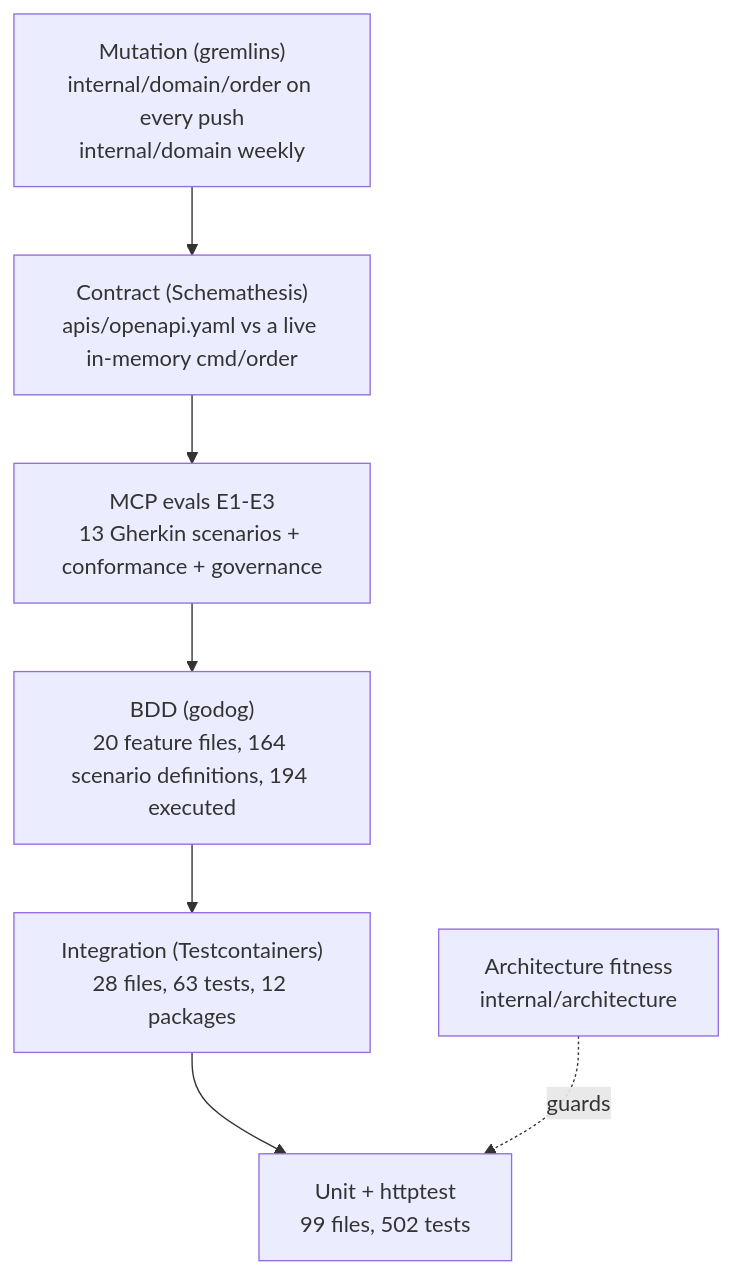
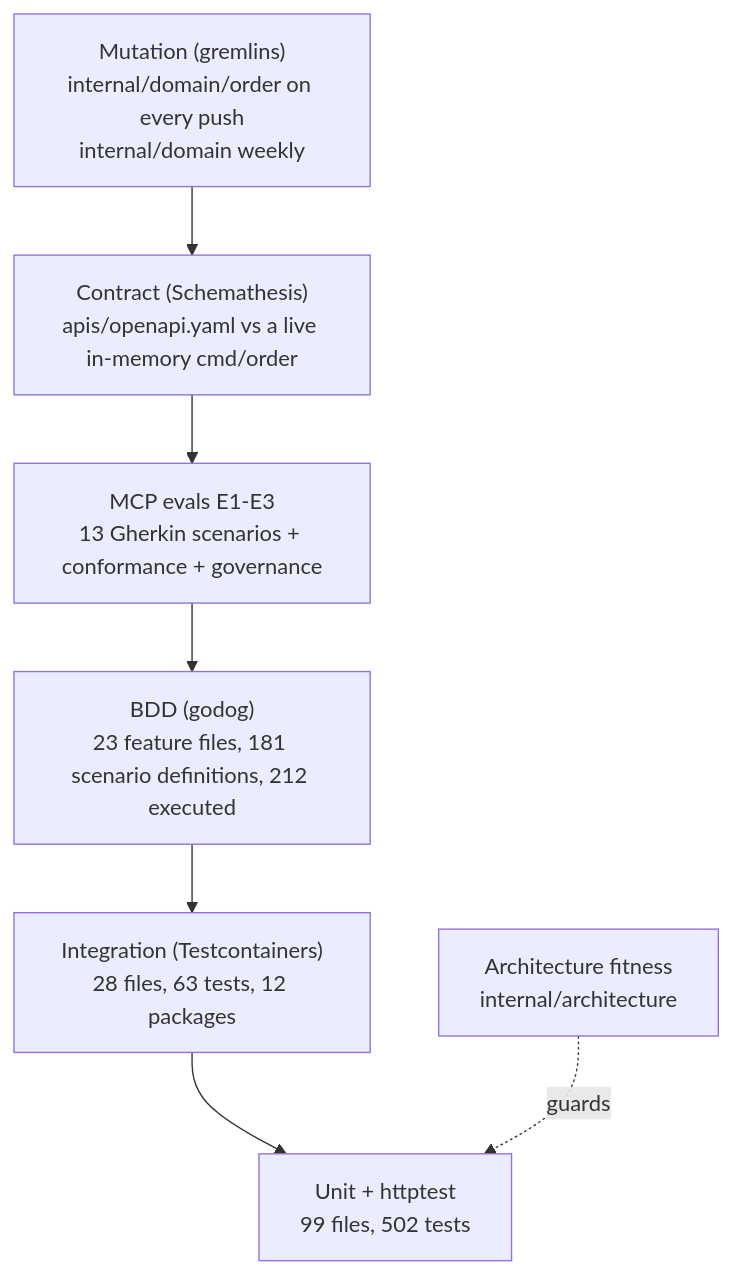
Before and after one commit to IQVO/order-management: the diagram in docs/docs/development/testing.md, drawn with Mermaid. The commit also changed other lines of this file, not shown here.

First line of the commit message:
docs(testing): refresh BDD counts after the documentation-derived wave

````diff
--- a/docs/docs/development/testing.md
+++ b/docs/docs/development/testing.md
@@ -15,12 +15,12 @@
 ```mermaid
 flowchart TB
   M["Mutation (gremlins)<br/>internal/domain/order on every push<br/>internal/domain weekly"]
   C["Contract (Schemathesis)<br/>apis/openapi.yaml vs a live in-memory cmd/order"]
   E["MCP evals E1-E3<br/>13 Gherkin scenarios + conformance + governance"]
-  B["BDD (godog)<br/>20 feature files, 164 scenario definitions, 194 executed"]
+  B["BDD (godog)<br/>23 feature files, 181 scenario definitions, 212 executed"]
   I["Integration (Testcontainers)<br/>28 files, 63 tests, 12 packages"]
   A["Architecture fitness<br/>internal/architecture"]
   U["Unit + httptest<br/>99 files, 502 tests"]
   M --> C --> E --> B --> I --> U
   A -.guards.-> U
 ```
````
